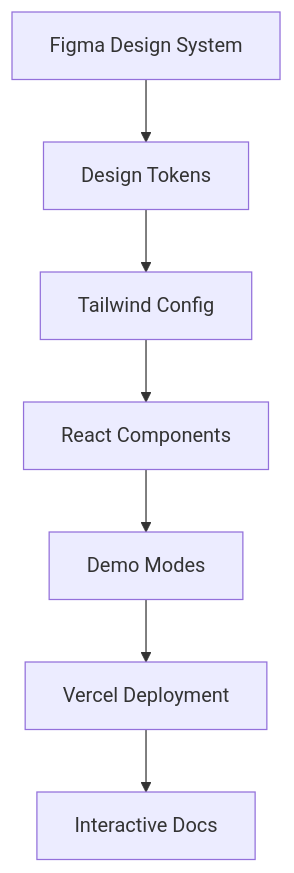
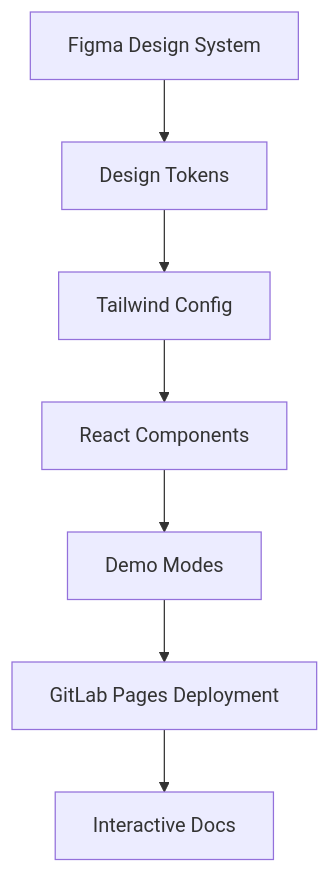
The first of 2 diagrams in docs/development/design-system-integration.md (boost-edu-tools/gitinspectorgui), drawn with Mermaid before and after one commit. The commit also changed other lines of this file, not shown here.

First line of the commit message:
Update design system integration to use GitLab Pages instead of Vercel

````diff
--- a/docs/development/design-system-integration.md
+++ b/docs/development/design-system-integration.md
@@ -9,9 +94,9 @@
 ```mermaid
 graph TB
     A[Figma Design System] --> B[Design Tokens]
     B --> C[Tailwind Config]
     C --> D[React Components]
     D --> E[Demo Modes]
-    E --> F[Vercel Deployment]
+    E --> F[GitLab Pages Deployment]
     F --> G[Interactive Docs]
 ```
````
